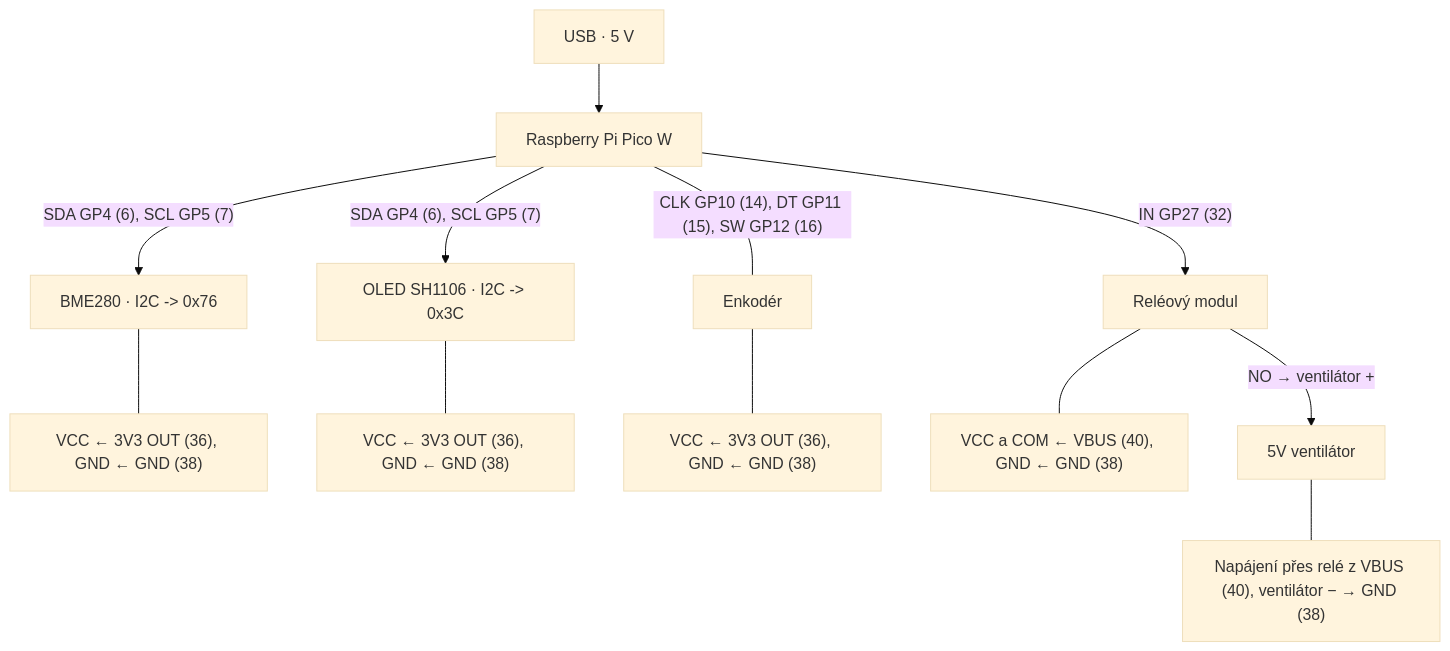
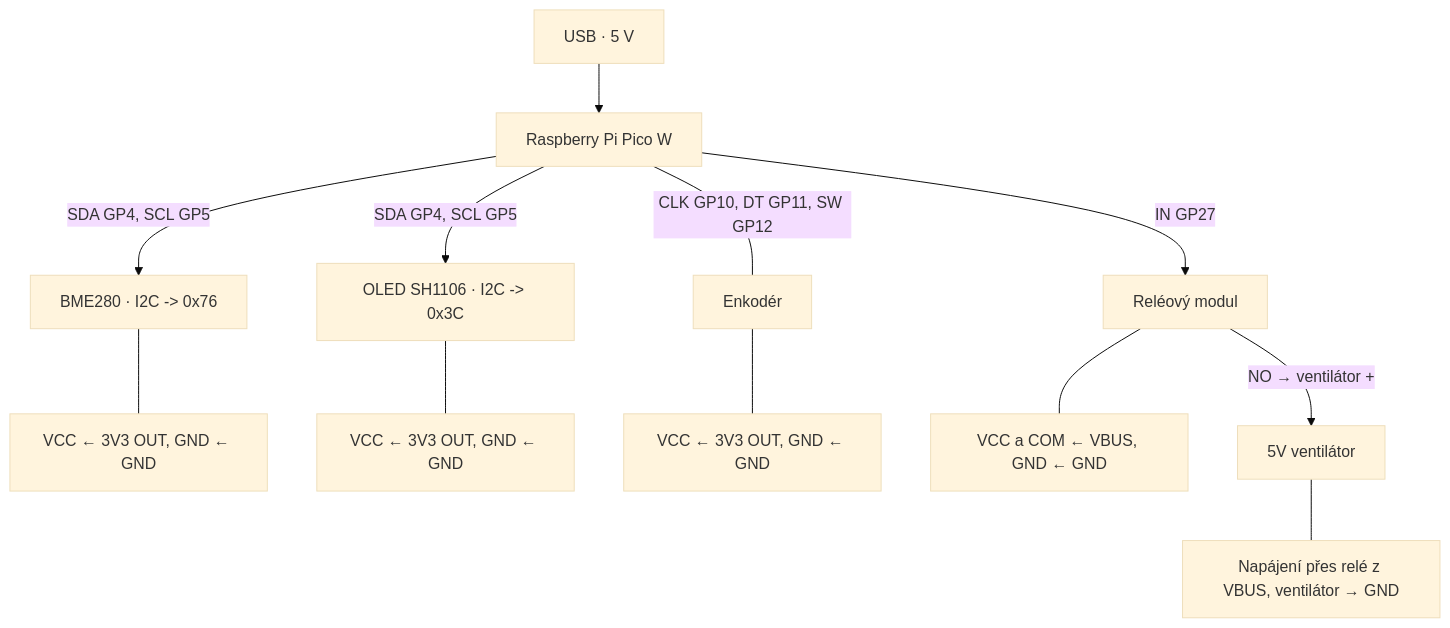
Before and after one commit to matyskovo-Git/smart-greenhouse-project: the diagram in README.md, drawn with Mermaid (base theme).

Commit message:
uprava readme

````diff
--- a/README.md
+++ b/README.md
@@ -78,17 +78,17 @@
 ```mermaid
 flowchart TD
     USB["USB · 5 V"] --> PICO["Raspberry Pi Pico W"]
 
-    PICO -->|"SDA GP4 (6), SCL GP5 (7)"| BME["BME280 · I2C -> 0x76"]
-    PICO -->|"SDA GP4 (6), SCL GP5 (7)"| OLED["OLED SH1106 · I2C -> 0x3C"]
-    PICO ---|"CLK GP10 (14), DT GP11 (15), SW GP12 (16)"| ENC["Enkodér"]
-    PICO -->|"IN GP27 (32)"| RELAY["Reléový modul"]
+    PICO -->|"SDA GP4, SCL GP5 "| BME["BME280 · I2C -> 0x76"]
+    PICO -->|"SDA GP4, SCL GP5 "| OLED["OLED SH1106 · I2C -> 0x3C"]
+    PICO ---|"CLK GP10, DT GP11, SW GP12 "| ENC["Enkodér"]
+    PICO -->|"IN GP27 "| RELAY["Reléový modul"]
 
-    BME --- BMESUP["VCC ← 3V3 OUT (36), GND ← GND (38)"]
-    OLED --- OLEDSUP["VCC ← 3V3 OUT (36), GND ← GND (38)"]
-    ENC --- ENCSUP["VCC ← 3V3 OUT (36), GND ← GND (38)"]
-    RELAY --- RELAYSUP["VCC a COM ← VBUS (40), GND ← GND (38)"]
+    BME --- BMESUP["VCC ← 3V3 OUT, GND ← GND "]
+    OLED --- OLEDSUP["VCC ← 3V3 OUT, GND ← GND "]
+    ENC --- ENCSUP["VCC ← 3V3 OUT, GND ← GND "]
+    RELAY --- RELAYSUP["VCC a COM ← VBUS, GND ← GND "]
 
     RELAY -->|"NO → ventilátor +"| FAN["5V ventilátor"]
-    FAN --- FANSUP["Napájení přes relé z VBUS (40), ventilátor − → GND (38)"]
+    FAN --- FANSUP["Napájení přes relé z VBUS, ventilátor → GND "]
 ```
````
